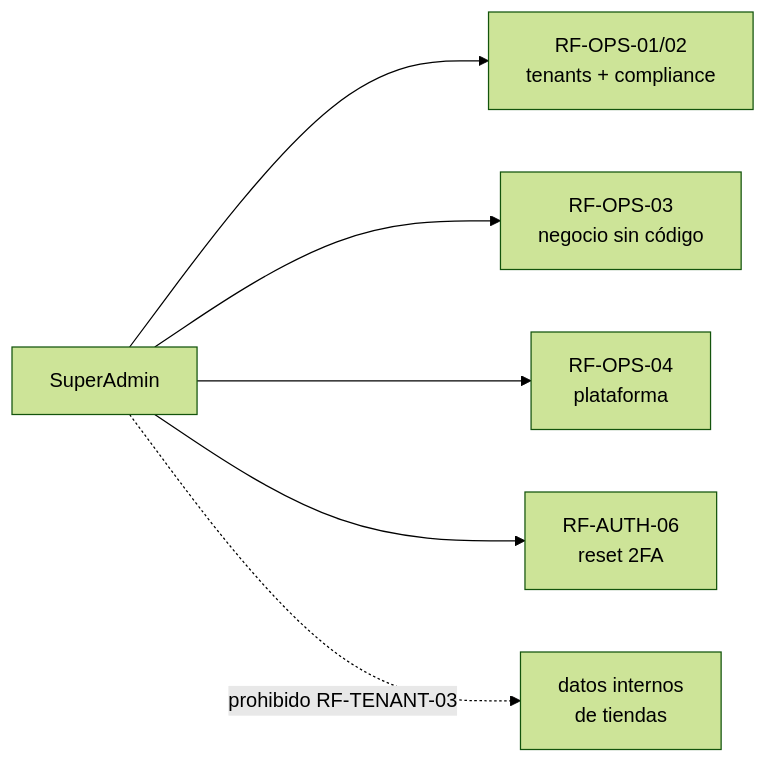
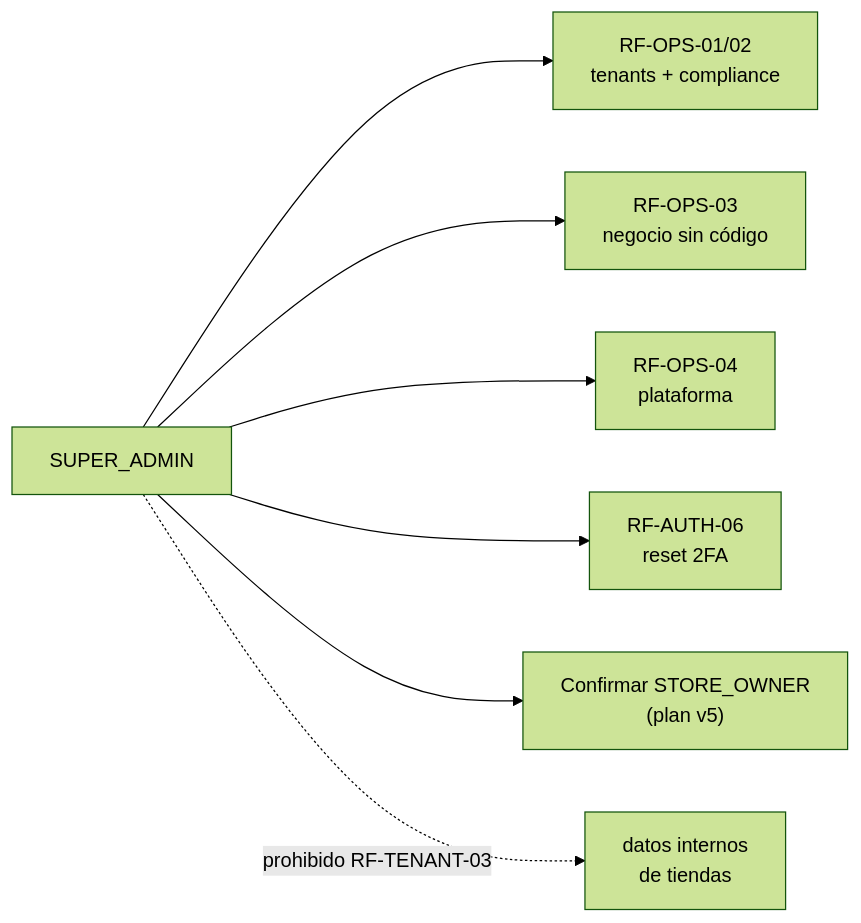
The first of 3 diagrams in diagramas/02-casos-de-uso.md (LeandroPacsiM/shopify-backend), drawn with Mermaid (forest theme) before and after one commit. The commit also changed other lines of this file and 21 other files, not shown here.

First line of the commit message:
F0: terminologia canonica ADR-016 en docs y diagramas

````diff
--- a/diagramas/02-casos-de-uso.md
+++ b/diagramas/02-casos-de-uso.md
@@ -5,8 +5,9 @@
 ```mermaid
 flowchart LR
-    SUP["SuperAdmin"] --> O1["RF-OPS-01/02<br/>tenants + compliance"]
+    SUP["SUPER_ADMIN"] --> O1["RF-OPS-01/02<br/>tenants + compliance"]
     SUP --> O2["RF-OPS-03<br/>negocio sin código"]
     SUP --> O3["RF-OPS-04<br/>plataforma"]
     SUP --> O4["RF-AUTH-06<br/>reset 2FA"]
+    SUP --> O5["Confirmar STORE_OWNER<br/>(plan v5)"]
     SUP -.->|prohibido RF-TENANT-03| X["datos internos<br/>de tiendas"]
 ```
````
